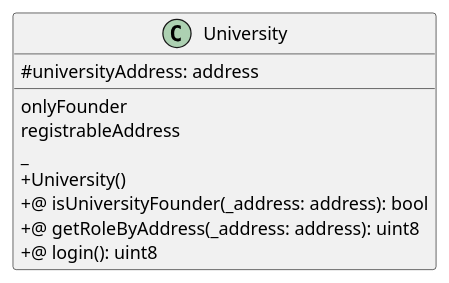
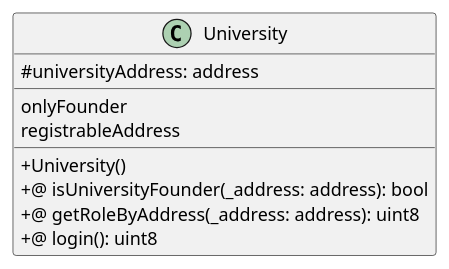
The diagram in Solidity/Contracts/University.iuml (M9k/Marvin-Uml), drawn with PlantUML before and after one commit.

Commit message:
Errore ortografico

```diff
--- a/Solidity/Contracts/University.iuml
+++ b/Solidity/Contracts/University.iuml
@@ -1,14 +1,14 @@
 @startuml
 skinparam classAttributeIconSize 0
 class University{
 #universityAddress: address
 __
 onlyFounder
 registrableAddress
-_
+__
 +University()
 +@ isUniversityFounder(_address: address): bool
 +@ getRoleByAddress(_address: address): uint8
 +@ login(): uint8
 }
 @enduml
```
